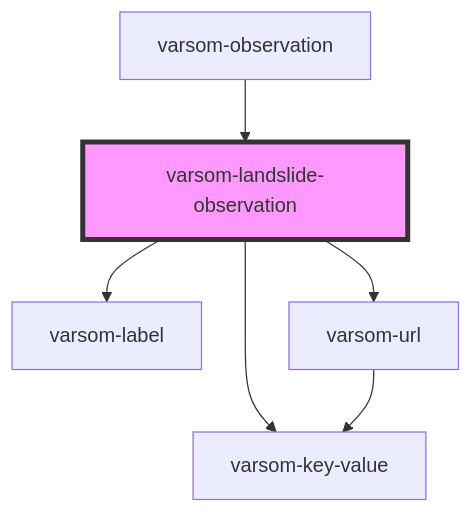
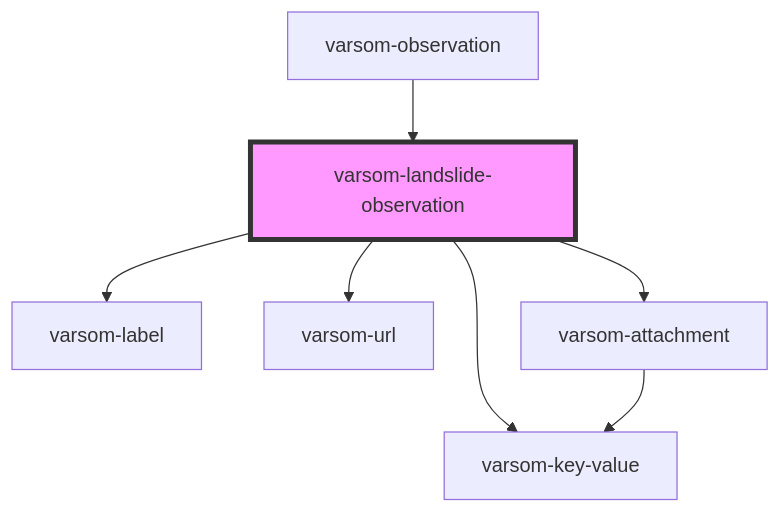
One commit to NVE/varsom-observation changed the diagram in observasjonskort/src/components/varsom-landslide-observation/readme.md. Above: the diagram before and after it, drawn with Mermaid. The commit also changed other lines of this file and 34 other files, not shown here.

````diff
--- a/observasjonskort/src/components/varsom-landslide-observation/readme.md
+++ b/observasjonskort/src/components/varsom-landslide-observation/readme.md
@@ -50,9 +52,10 @@
 ```mermaid
 graph TD;
   varsom-landslide-observation --> varsom-label
   varsom-landslide-observation --> varsom-key-value
   varsom-landslide-observation --> varsom-url
-  varsom-url --> varsom-key-value
+  varsom-landslide-observation --> varsom-attachment
+  varsom-attachment --> varsom-key-value
   varsom-observation --> varsom-landslide-observation
   style varsom-landslide-observation fill:#f9f,stroke:#333,stroke-width:4px
 ```
````
